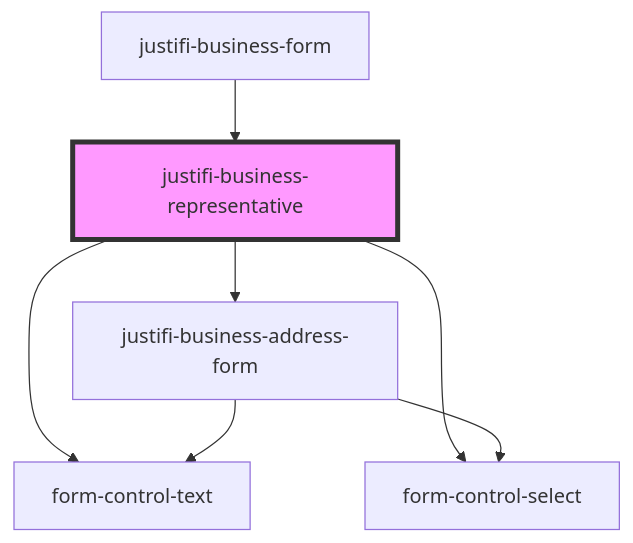
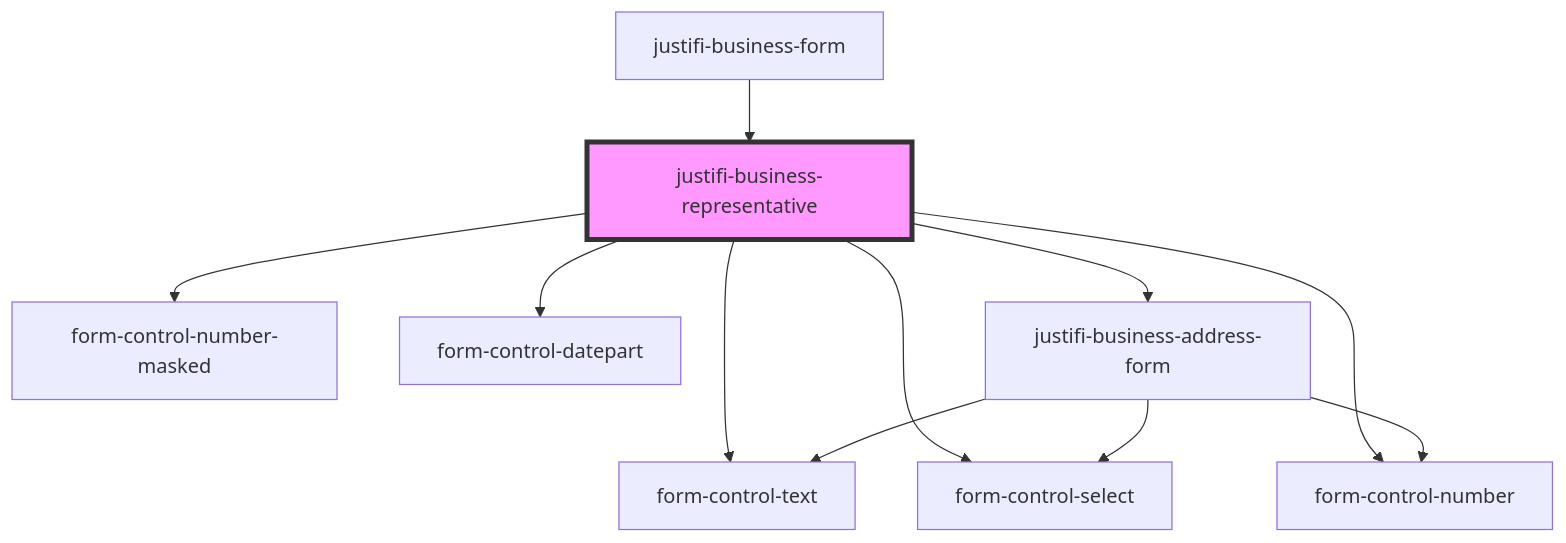
Before and after one commit to justifi-tech/web-component-library: the diagram in stencil-library/src/components/business-form/business-representative/README.md, drawn with Mermaid. The commit also changed other lines of this file and 18 other files, not shown here.

````diff
--- a/stencil-library/src/components/business-form/business-representative/README.md
+++ b/stencil-library/src/components/business-form/business-representative/README.md
@@ -35,10 +38,14 @@
 ```mermaid
 graph TD;
   justifi-business-representative --> form-control-text
   justifi-business-representative --> form-control-select
+  justifi-business-representative --> form-control-number-masked
+  justifi-business-representative --> form-control-datepart
+  justifi-business-representative --> form-control-number
   justifi-business-representative --> justifi-business-address-form
   justifi-business-address-form --> form-control-text
   justifi-business-address-form --> form-control-select
+  justifi-business-address-form --> form-control-number
   justifi-business-form --> justifi-business-representative
   style justifi-business-representative fill:#f9f,stroke:#333,stroke-width:4px
 ```
````
